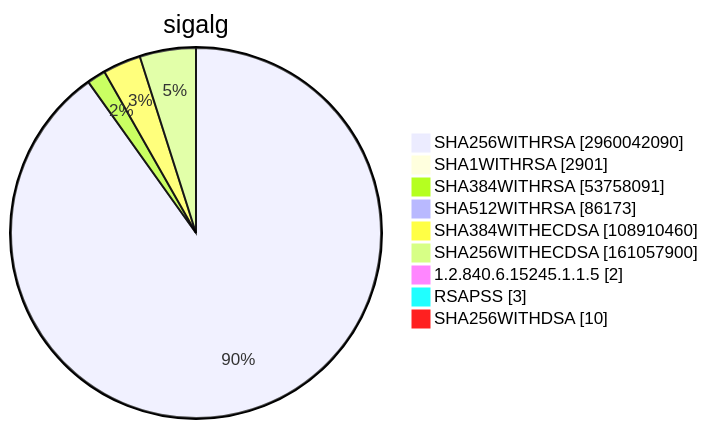
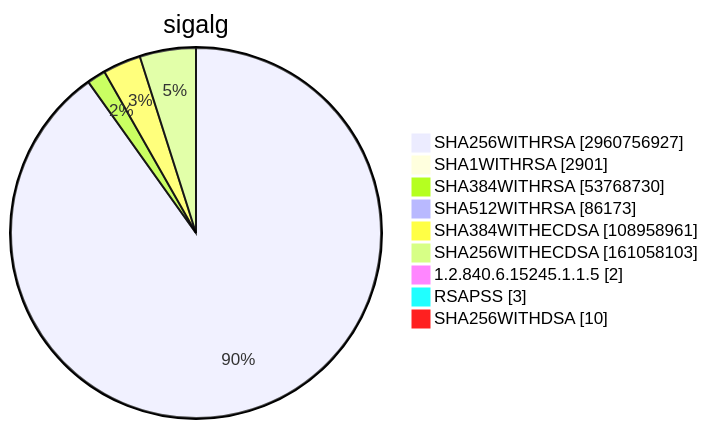
Before and after one commit to christiankrug/ctmonitor_visualization: diagram 15 of 15 in TOTAL/README.md, drawn with Mermaid. The commit also changed other lines of this file, not shown here.

````diff
--- a/TOTAL/README.md
+++ b/TOTAL/README.md
@@ -6207,13 +6207,13 @@
 ```mermaid
 pie showData
 title sigalg
-"SHA256WITHRSA" :2960042090
+"SHA256WITHRSA" :2960756927
 "SHA1WITHRSA" :2901
-"SHA384WITHRSA" :53758091
+"SHA384WITHRSA" :53768730
 "SHA512WITHRSA" :86173
-"SHA384WITHECDSA" :108910460
-"SHA256WITHECDSA" :161057900
+"SHA384WITHECDSA" :108958961
+"SHA256WITHECDSA" :161058103
 "1.2.840.6.15245.1.1.5" :2
 "RSAPSS" :3
 "SHA256WITHDSA" :10
 ```
````
